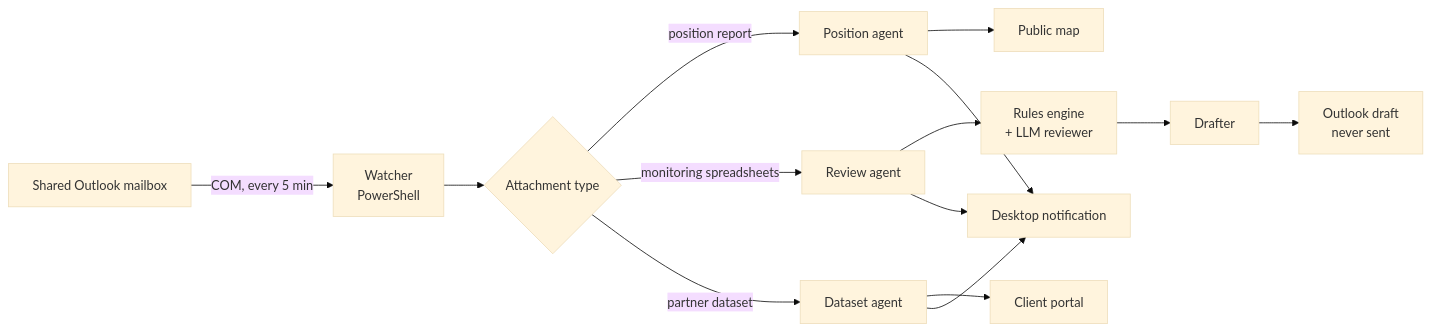
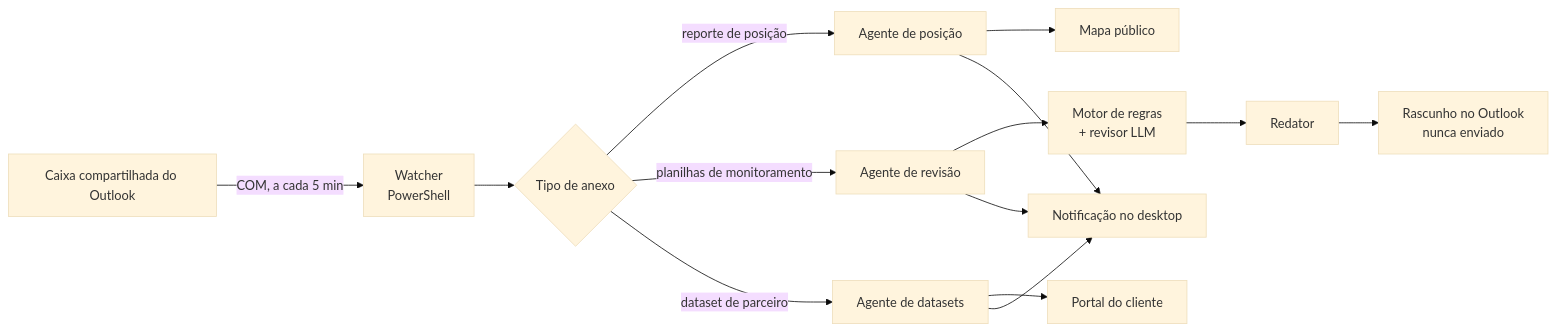
One commit to hnryguchi/case-study-email-driven-agents changed the diagram in README.md. Above: the diagram before and after it, drawn with Mermaid (base theme). The commit also changed other lines of this file and 3 other files, not shown here.

````diff
--- a/README.md
+++ b/README.md
@@ -23,16 +25,16 @@
 ```mermaid
 flowchart LR
-  OL[Shared Outlook mailbox] -->|COM, every 5 min| W[Watcher<br/>PowerShell]
-  W --> Q{Attachment type}
-  Q -->|position report| H[Position agent]
-  Q -->|monitoring spreadsheets| RV[Review agent]
-  Q -->|partner dataset| DS[Dataset agent]
-  H --> MAP[Public map]
-  RV --> RE[Rules engine<br/>+ LLM reviewer]
-  RE --> DR[Drafter]
-  DR --> DRAFT[Outlook draft<br/>never sent]
-  DS --> PT[Client portal]
-  H --> N[Desktop notification]
+  OL[Caixa compartilhada do Outlook] -->|COM, a cada 5 min| W[Watcher<br/>PowerShell]
+  W --> Q{Tipo de anexo}
+  Q -->|reporte de posição| H[Agente de posição]
+  Q -->|planilhas de monitoramento| RV[Agente de revisão]
+  Q -->|dataset de parceiro| DS[Agente de datasets]
+  H --> MAP[Mapa público]
+  RV --> RE[Motor de regras<br/>+ revisor LLM]
+  RE --> DR[Redator]
+  DR --> DRAFT[Rascunho no Outlook<br/>nunca enviado]
+  DS --> PT[Portal do cliente]
+  H --> N[Notificação no desktop]
   RV --> N
   DS --> N
 ```
````
